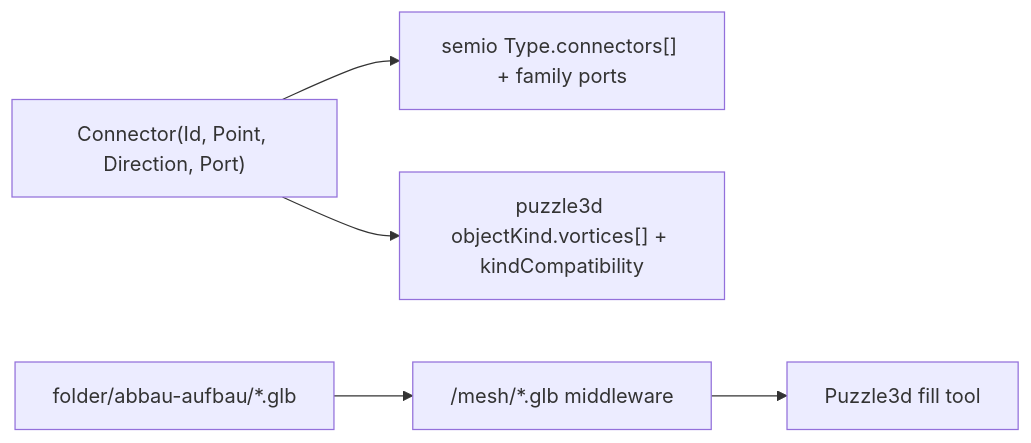
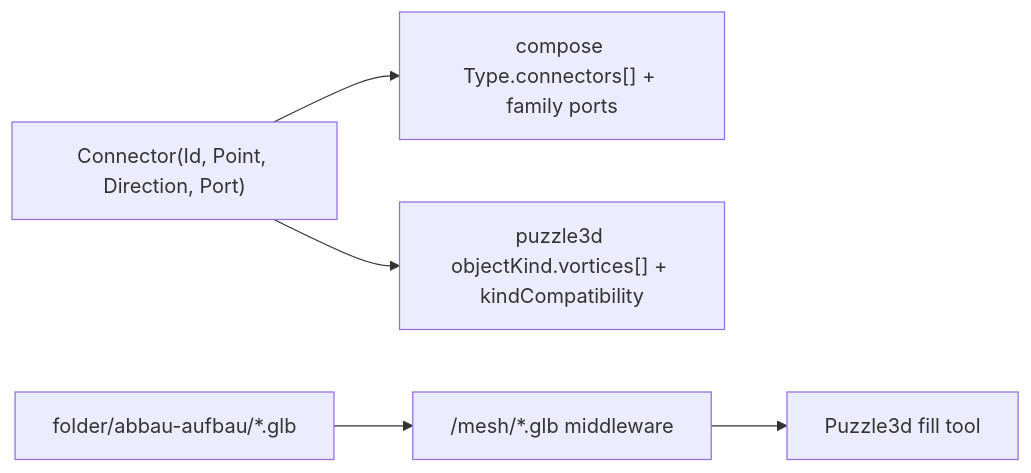
One commit to usalu/semio changed the diagram in .cursor/plans/concrete_forest_kit_fixture_ffc7e30d.plan.md. Above: the diagram before and after it, drawn with Mermaid. The commit also changed other lines of this file and 7735 other files, not shown here.

````diff
--- a/.cursor/plans/concrete_forest_kit_fixture_ffc7e30d.plan.md
+++ b/.cursor/plans/concrete_forest_kit_fixture_ffc7e30d.plan.md
@@ -43,7 +43,7 @@
 ```mermaid
 flowchart LR
-  conn["Connector(Id, Point, Direction, Port)"] --> semio["semio Type.connectors[] + family ports"]
+  conn["Connector(Id, Point, Direction, Port)"] --> compose["compose Type.connectors[] + family ports"]
   conn --> p3d["puzzle3d objectKind.vortices[] + kindCompatibility"]
   glb["folder/abbau-aufbau/*.glb"] --> mesh["/mesh/*.glb middleware"]
   mesh --> fill["Puzzle3d fill tool"]
 ```
````
